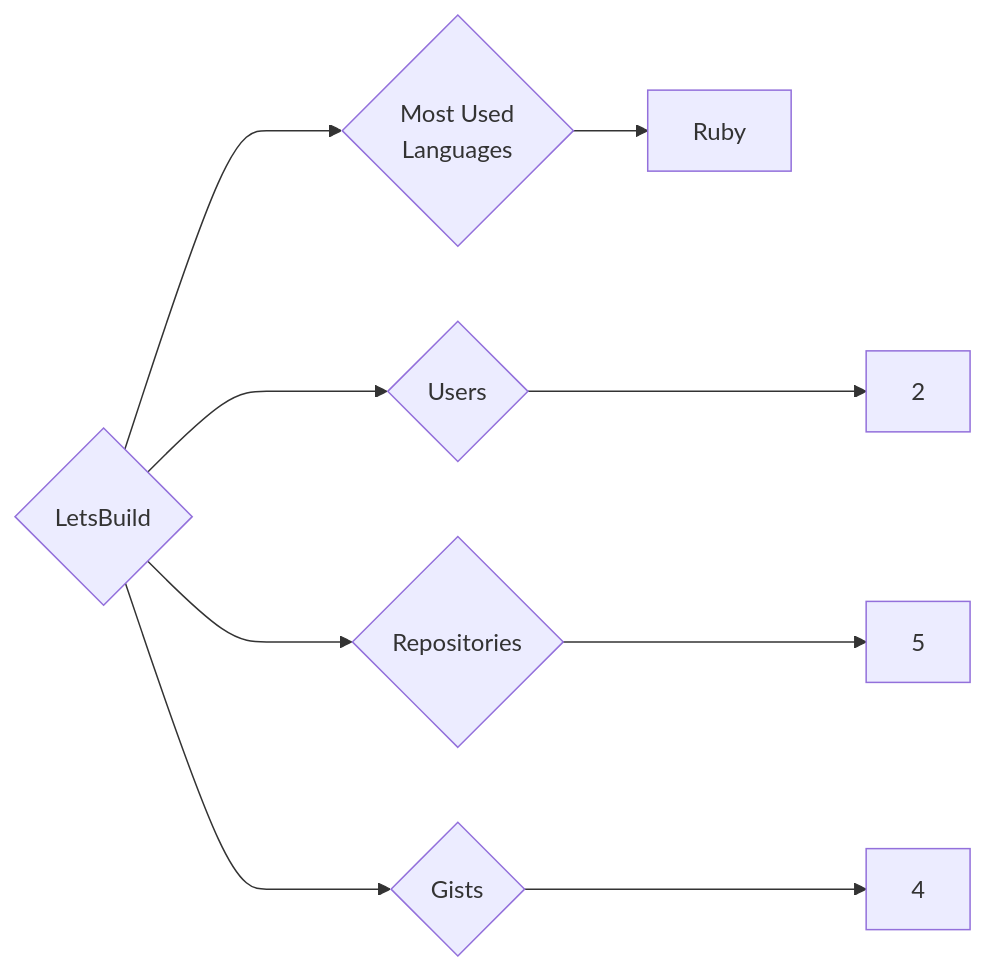
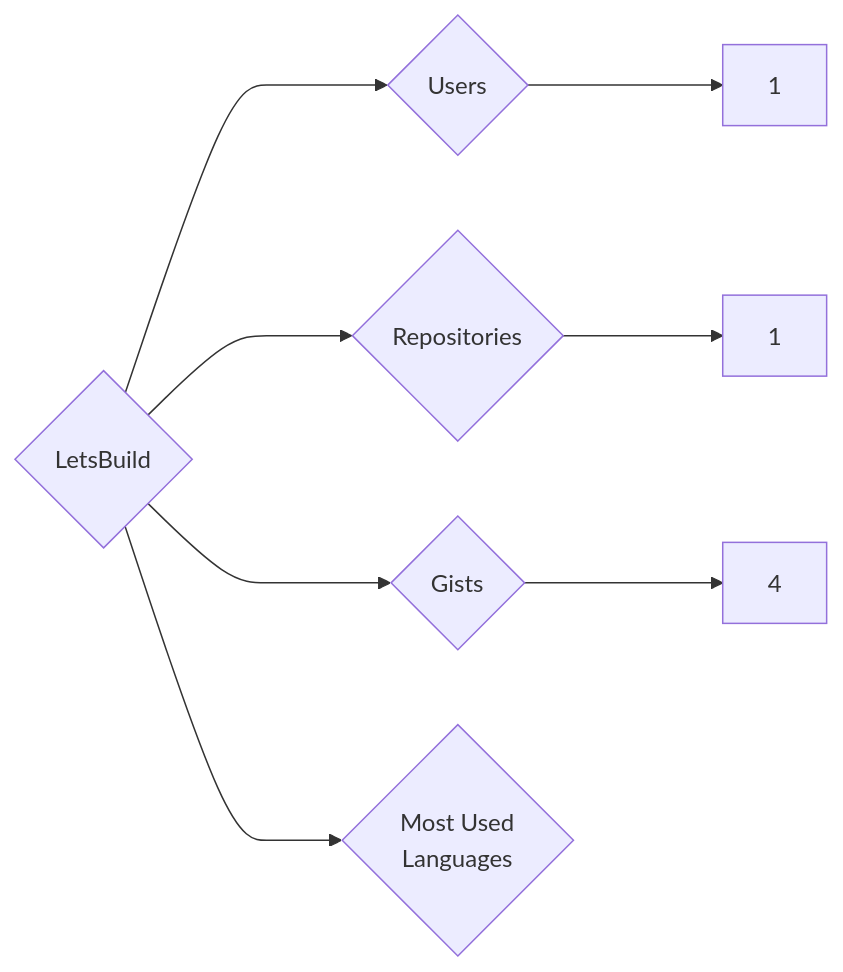
One commit to trickest/insiders changed the diagram in targets/LetsBuild/README.md. Above: the diagram before and after it, drawn with Mermaid. The commit also changed 894 other files, not shown here.

````diff
--- a/targets/LetsBuild/README.md
+++ b/targets/LetsBuild/README.md
@@ -3,9 +3,8 @@
 ```mermaid
 graph LR
 COMPANY_NAME{LetsBuild}
-COMPANY_NAME ---> U{Users} ---> UN[2]
-COMPANY_NAME ---> R{Repositories} ---> RN[5]
+COMPANY_NAME ---> U{Users} ---> UN[1]
+COMPANY_NAME ---> R{Repositories} ---> RN[1]
 COMPANY_NAME ---> G{Gists} ---> GN[4]
 COMPANY_NAME ---> ML{Most Used<br>Languages}
-ML --> Ruby[Ruby]
 ```
````
